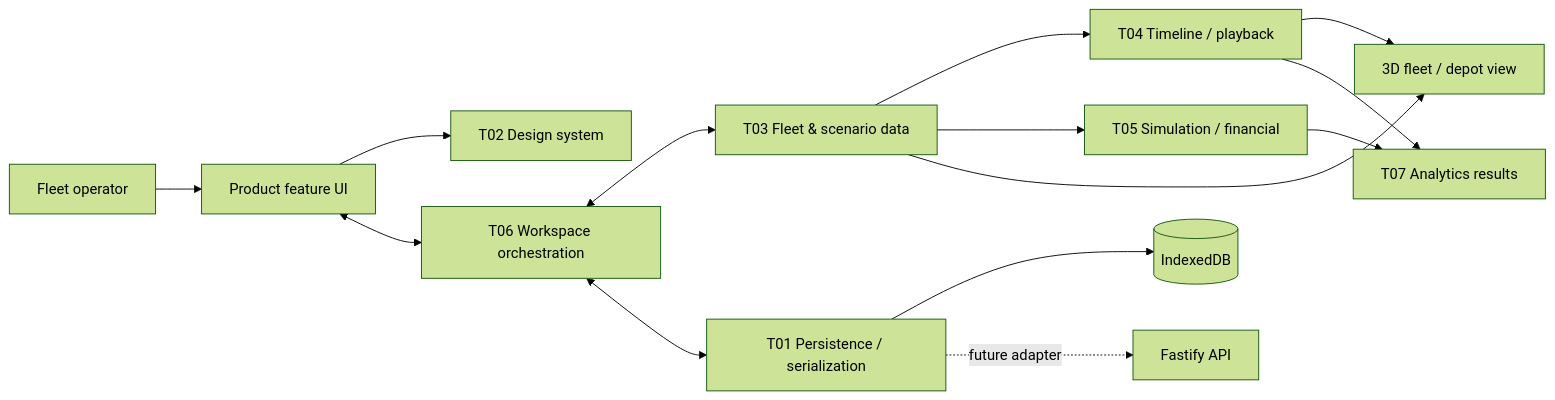
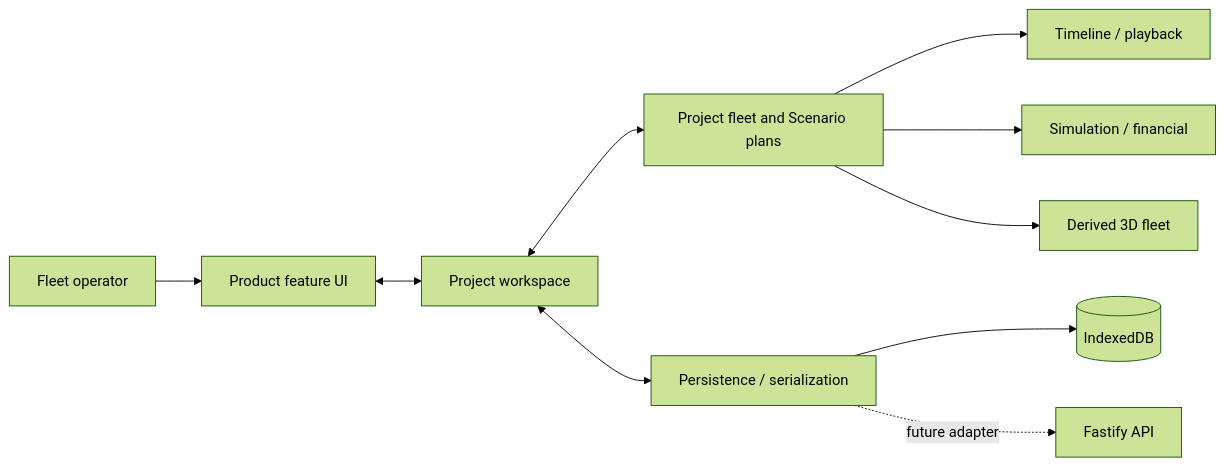
One commit to The-Sims-Digipen/Fleet-Project changed the diagram in docs/tech/architecture.md. Above: the diagram before and after it, drawn with Mermaid (forest theme). The commit also changed other lines of this file and 68 other files, not shown here.

Commit message:
feat: implement project-owned fleet environment

````diff
--- a/docs/tech/architecture.md
+++ b/docs/tech/architecture.md
@@ -21,16 +19,12 @@
 ```mermaid
 flowchart LR
   Operator[Fleet operator] --> UI[Product feature UI]
-  UI --> Design[T02 Design system]
-  UI <--> Workspace[T06 Workspace orchestration]
-  Workspace <--> Domain[T03 Fleet & scenario data]
-  Domain --> Timeline[T04 Timeline / playback]
-  Domain --> Simulation[T05 Simulation / financial]
-  Timeline --> Scene[3D fleet / depot view]
-  Timeline --> Analytics[T07 Analytics results]
-  Simulation --> Analytics
-  Domain --> Scene
-  Workspace <--> Repo[T01 Persistence / serialization]
+  UI <--> Workspace[Project workspace]
+  Workspace <--> Domain[Project fleet and Scenario plans]
+  Domain --> Timeline[Timeline / playback]
+  Domain --> Simulation[Simulation / financial]
+  Domain --> Scene[Derived 3D fleet]
+  Workspace <--> Repo[Persistence / serialization]
   Repo --> IDB[(IndexedDB)]
   Repo -. future adapter .-> API[Fastify API]
 ```
````
